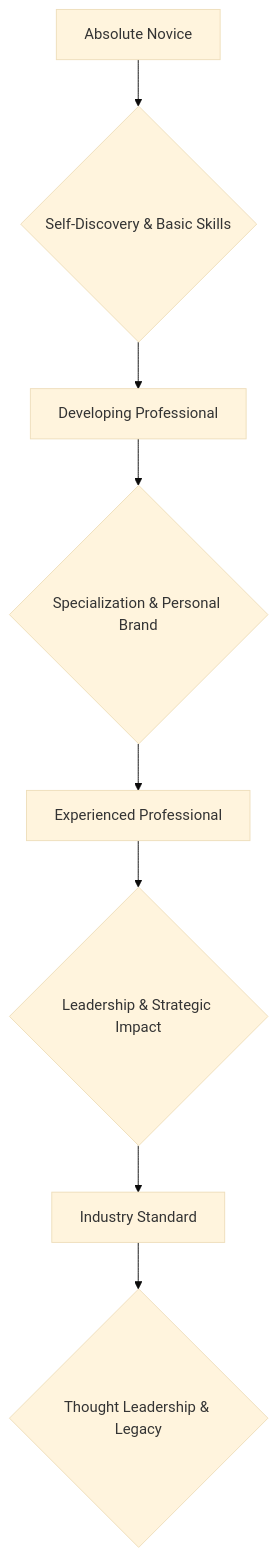
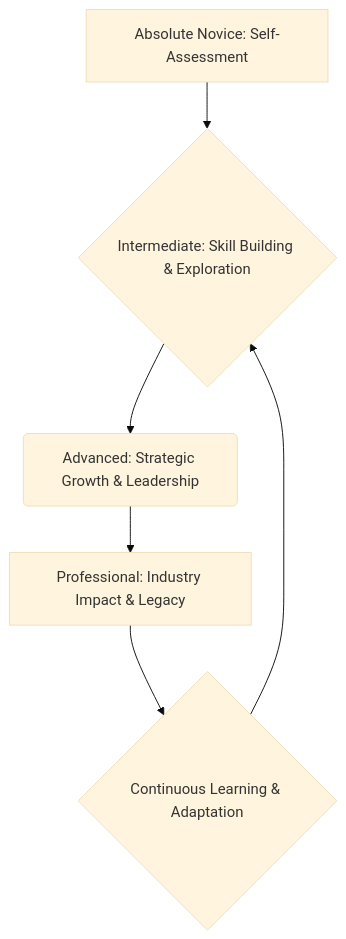
One commit to knowhub-by-ab/knowhub_notes changed the diagram in knowledge/mr0g929r44x4tu.md. Above: the diagram before and after it, drawn with Mermaid (base theme). The commit also changed other lines of this file, not shown here.

Commit message:
docs: update Professional Career Development (OLD)

````diff
--- a/knowledge/mr0g929r44x4tu.md
+++ b/knowledge/mr0g929r44x4tu.md
@@ -87,10 +145,8 @@
 ```mermaid
 graph TD
-    A[Absolute Novice] --> B{Self-Discovery & Basic Skills}
-    B --> C[Developing Professional]
-    C --> D{Specialization & Personal Brand}
-    D --> E[Experienced Professional]
-    E --> F{Leadership & Strategic Impact}
-    F --> G[Industry Standard]
-    G --> H{Thought Leadership & Legacy}
+    A[Absolute Novice: Self-Assessment] --> B{Intermediate: Skill Building & Exploration}
+    B --> C(Advanced: Strategic Growth & Leadership)
+    C --> D[Professional: Industry Impact & Legacy]
+    D --> E{Continuous Learning & Adaptation}
+    E --> B
 ```
````
